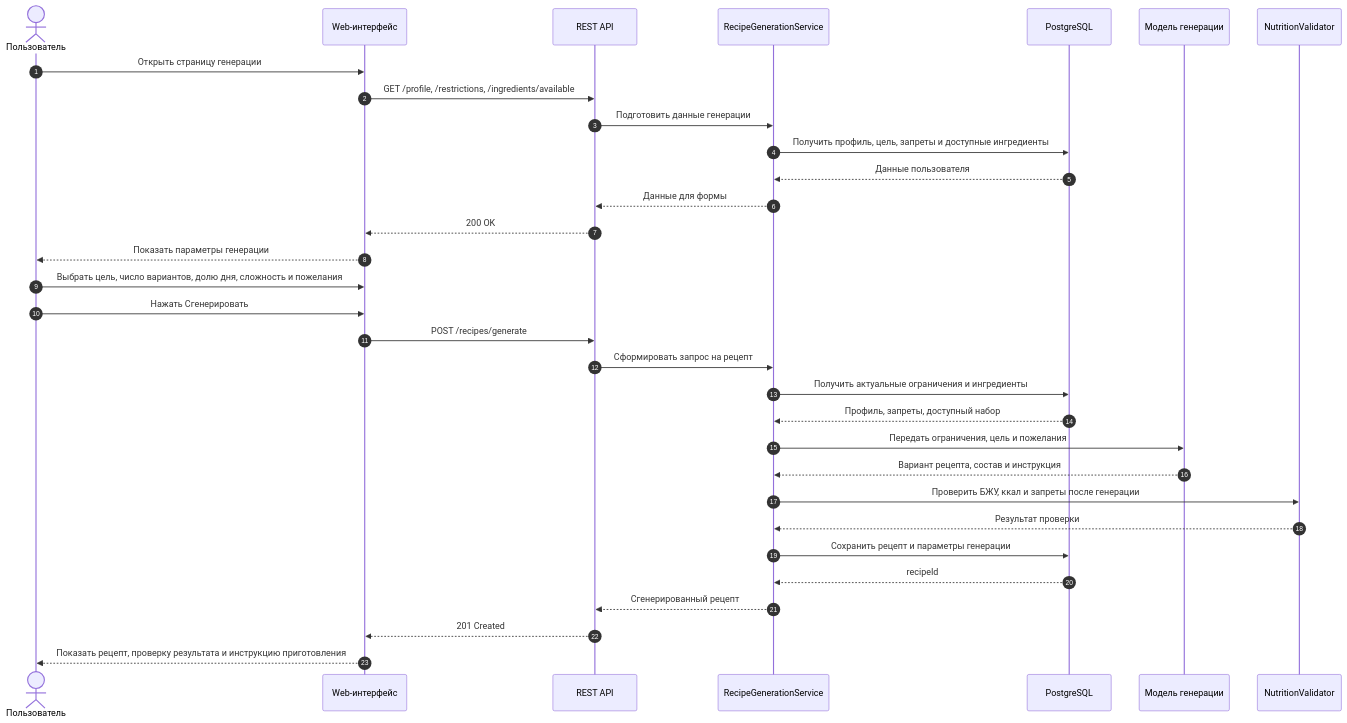
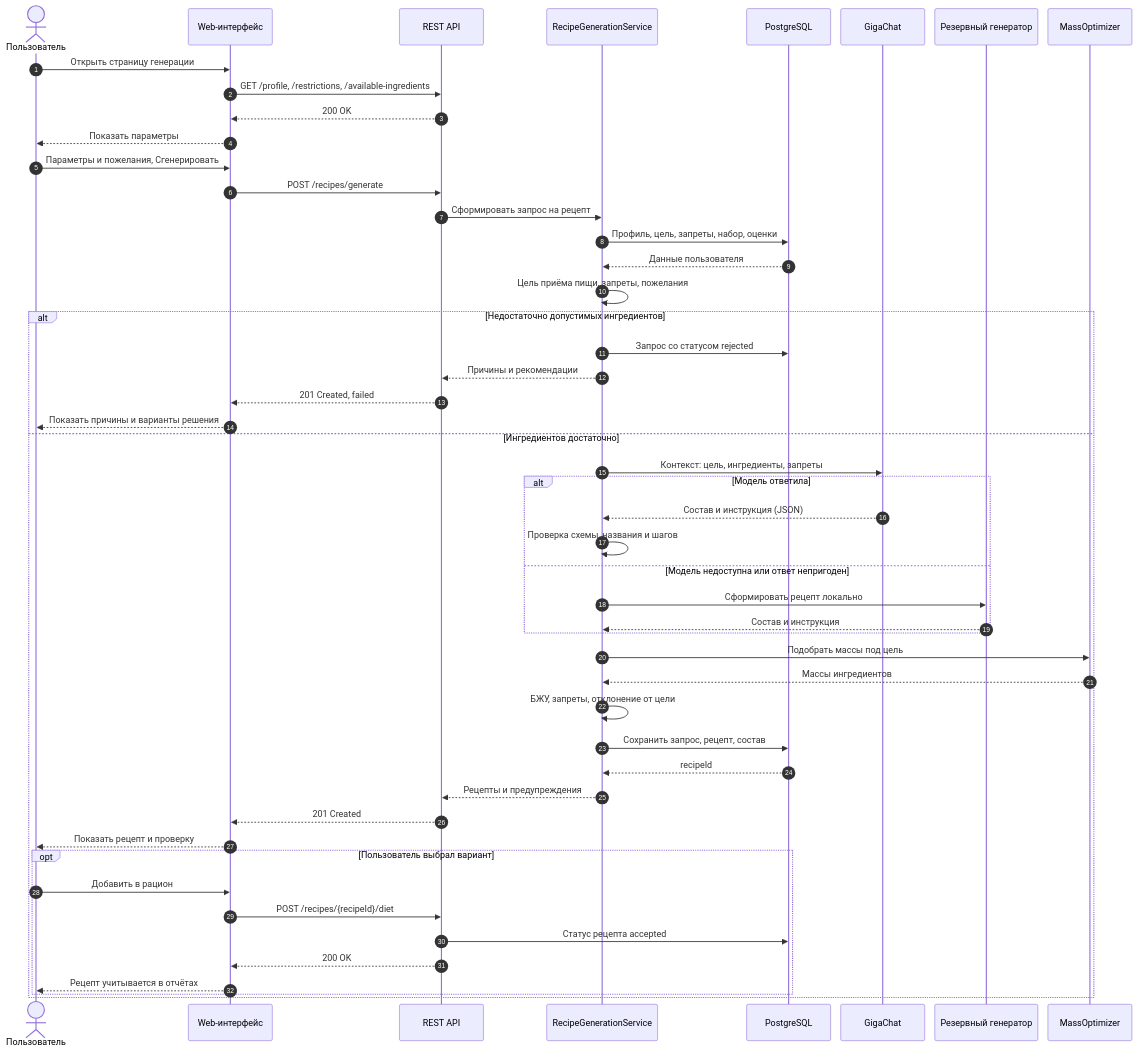
One commit to Skipl1/ASOIU changed the diagram in Optimization-Methods/laba_2/diagrams/Posledovatelnost/05_Генерация_персонализированного_рецепта.mmd. Above: the diagram before and after it, drawn with Mermaid. The commit also changed 54 other files, not shown here.

```diff
--- a/Optimization-Methods/laba_2/diagrams/Posledovatelnost/05_Генерация_персонализированного_рецепта.mmd
+++ b/Optimization-Methods/laba_2/diagrams/Posledovatelnost/05_Генерация_персонализированного_рецепта.mmd
@@ -1,34 +1,55 @@
+%%{init: {"sequence": {"actorMargin": 18, "messageMargin": 22, "boxMargin": 6}}}%%
 sequenceDiagram
     autonumber
     actor U as Пользователь
     participant Web as Web-интерфейс
     participant API as REST API
     participant Recipe as RecipeGenerationService
     participant DB as PostgreSQL
-    participant Model as Модель генерации
-    participant Check as NutritionValidator
+    participant Model as GigaChat
+    participant Local as Резервный генератор
+    participant Optim as MassOptimizer
 
     U->>Web: Открыть страницу генерации
-    Web->>API: GET /profile, /restrictions, /ingredients/available
-    API->>Recipe: Подготовить данные генерации
-    Recipe->>DB: Получить профиль, цель, запреты и доступные ингредиенты
-    DB-->>Recipe: Данные пользователя
-    Recipe-->>API: Данные для формы
+    Web->>API: GET /profile, /restrictions, /available-ingredients
     API-->>Web: 200 OK
-    Web-->>U: Показать параметры генерации
+    Web-->>U: Показать параметры
 
-    U->>Web: Выбрать цель, число вариантов, долю дня, сложность и пожелания
-    U->>Web: Нажать Сгенерировать
+    U->>Web: Параметры и пожелания, Сгенерировать
     Web->>API: POST /recipes/generate
     API->>Recipe: Сформировать запрос на рецепт
-    Recipe->>DB: Получить актуальные ограничения и ингредиенты
-    DB-->>Recipe: Профиль, запреты, доступный набор
-    Recipe->>Model: Передать ограничения, цель и пожелания
-    Model-->>Recipe: Вариант рецепта, состав и инструкция
-    Recipe->>Check: Проверить БЖУ, ккал и запреты после генерации
-    Check-->>Recipe: Результат проверки
-    Recipe->>DB: Сохранить рецепт и параметры генерации
-    DB-->>Recipe: recipeId
-    Recipe-->>API: Сгенерированный рецепт
-    API-->>Web: 201 Created
-    Web-->>U: Показать рецепт, проверку результата и инструкцию приготовления
+    Recipe->>DB: Профиль, цель, запреты, набор, оценки
+    DB-->>Recipe: Данные пользователя
+    Recipe->>Recipe: Цель приёма пищи, запреты, пожелания
+
+    alt Недостаточно допустимых ингредиентов
+        Recipe->>DB: Запрос со статусом rejected
+        Recipe-->>API: Причины и рекомендации
+        API-->>Web: 201 Created, failed
+        Web-->>U: Показать причины и варианты решения
+    else Ингредиентов достаточно
+        Recipe->>Model: Контекст: цель, ингредиенты, запреты
+        alt Модель ответила
+            Model-->>Recipe: Состав и инструкция (JSON)
+            Recipe->>Recipe: Проверка схемы, названия и шагов
+        else Модель недоступна или ответ непригоден
+            Recipe->>Local: Сформировать рецепт локально
+            Local-->>Recipe: Состав и инструкция
+        end
+        Recipe->>Optim: Подобрать массы под цель
+        Optim-->>Recipe: Массы ингредиентов
+        Recipe->>Recipe: БЖУ, запреты, отклонение от цели
+        Recipe->>DB: Сохранить запрос, рецепт, состав
+        DB-->>Recipe: recipeId
+        Recipe-->>API: Рецепты и предупреждения
+        API-->>Web: 201 Created
+        Web-->>U: Показать рецепт и проверку
+
+        opt Пользователь выбрал вариант
+            U->>Web: Добавить в рацион
+            Web->>API: POST /recipes/#123;recipeId#125;/diet
+            API->>DB: Статус рецепта accepted
+            API-->>Web: 200 OK
+            Web-->>U: Рецепт учитывается в отчётах
+        end
+    end
```
